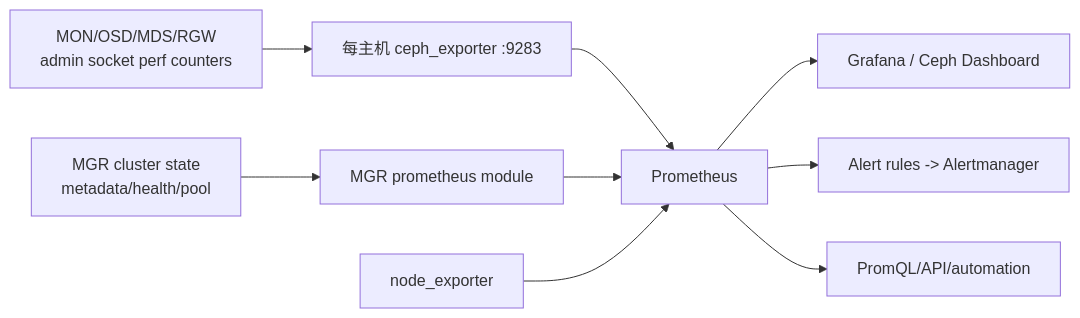
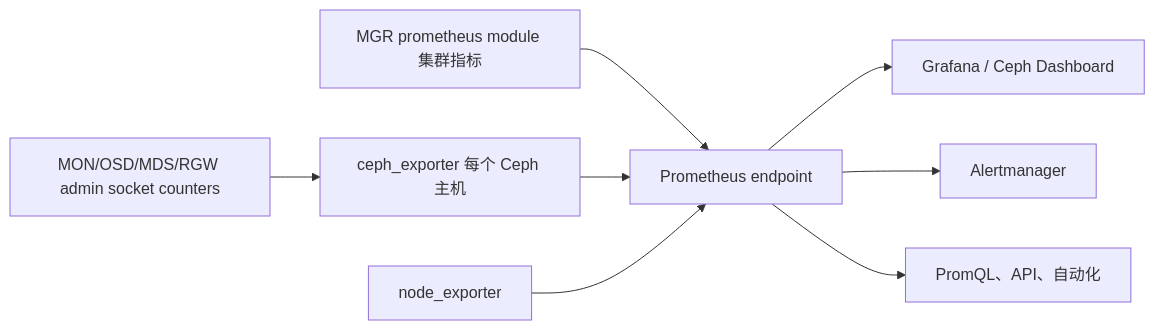
One commit to brinnatt/kubeauto changed the first of 2 diagrams in docs/storage/ceph/09-monitoring.md. Above: the diagram before and after it, drawn with Mermaid. The commit also changed other lines of this file and 9 other files, not shown here.

````diff
--- a/docs/storage/ceph/09-monitoring.md
+++ b/docs/storage/ceph/09-monitoring.md
@@ -7,10 +8,10 @@
 ```mermaid
 flowchart LR
-  D[MON/OSD/MDS/RGW<br/>admin socket perf counters] --> E[每主机 ceph_exporter :9283]
-  M[MGR cluster state<br/>metadata/health/pool] --> PM[MGR prometheus module]
-  E & PM --> P[Prometheus]
+  D[MON/OSD/MDS/RGW admin socket counters] --> E[ceph_exporter 每个 Ceph 主机]
+  M[MGR prometheus module 集群指标] --> P[Prometheus endpoint]
+  E --> P
   N[node_exporter] --> P
   P --> G[Grafana / Ceph Dashboard]
-  P --> A[Alert rules -> Alertmanager]
-  P --> Q[PromQL/API/automation]
+  P --> A[Alertmanager]
+  P --> Q[PromQL、API、自动化]
 ```
````
